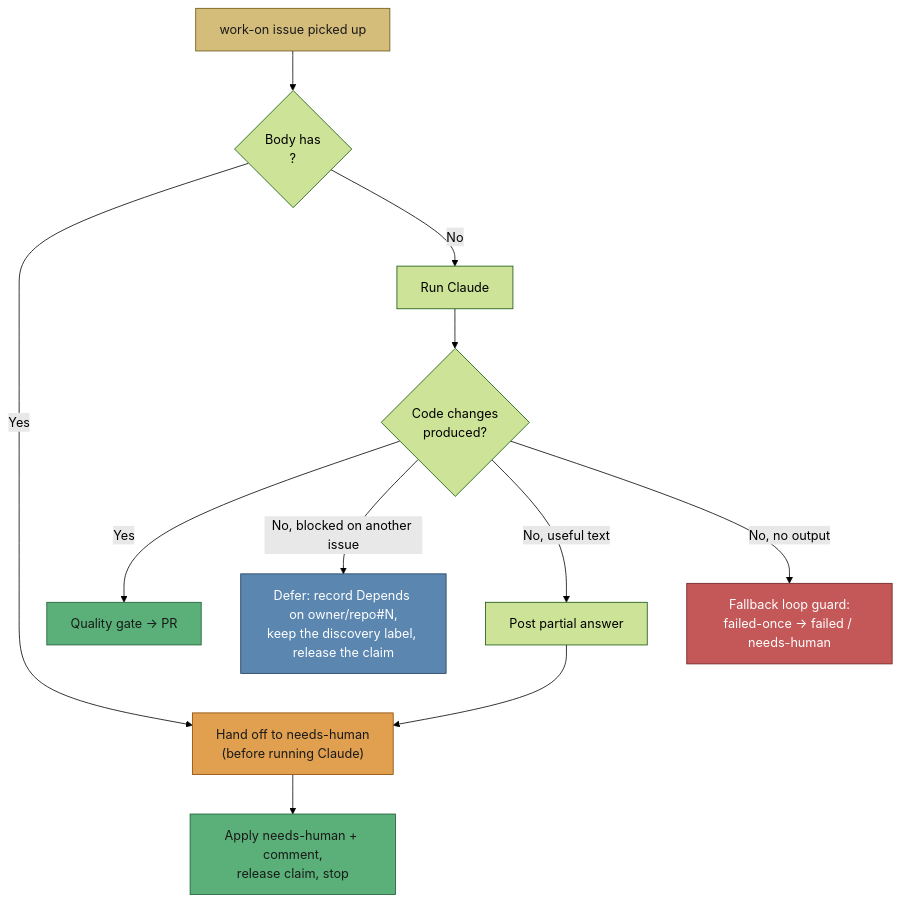
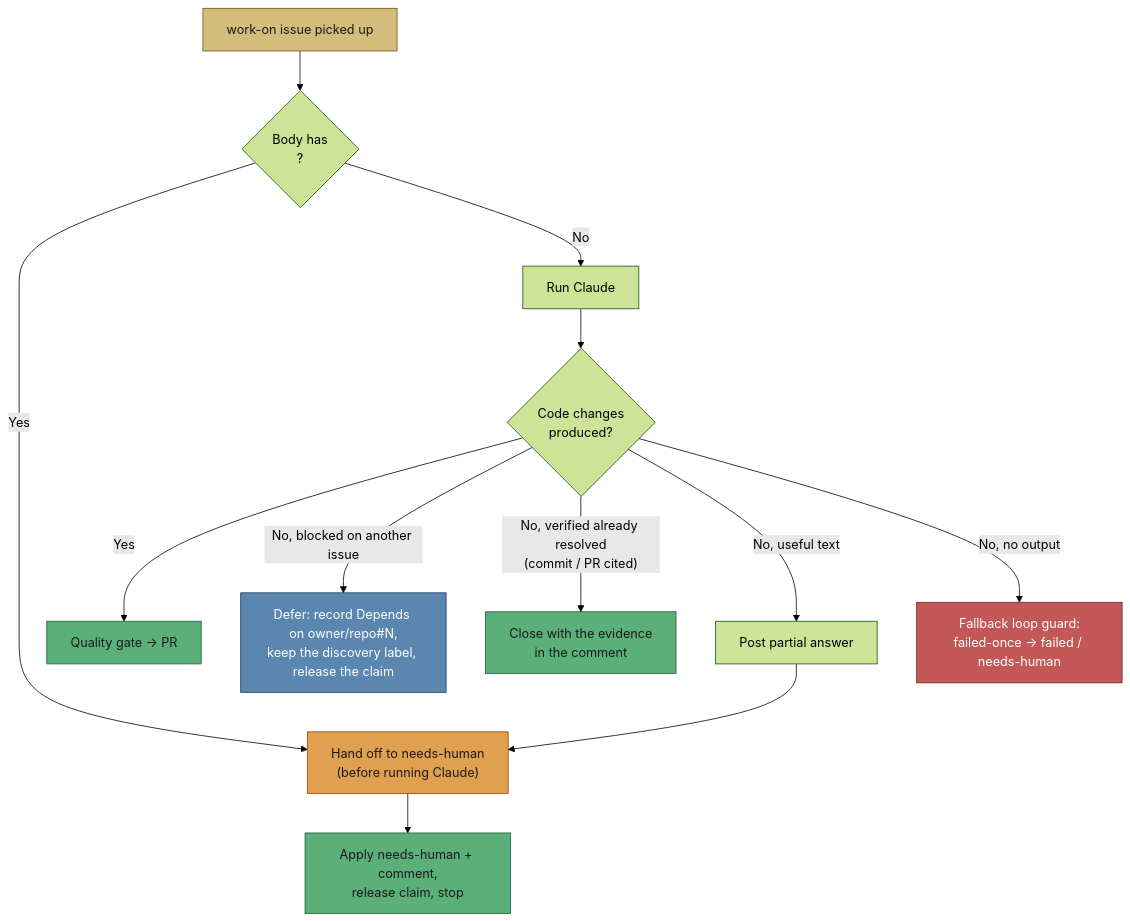
Before and after one commit to stSoftwareAU/VibeCoder: the ninth of 10 diagrams in docs/workflows/issue-processing.md, drawn with Mermaid (forest theme). The commit also changed other lines of this file and 8 other files, not shown here.

First line of the commit message:
Close verified already-fixed issues with a note instead of escalating (Issue #241)

````diff
--- a/docs/workflows/issue-processing.md
+++ b/docs/workflows/issue-processing.md
@@ -472,18 +843,20 @@
 ```mermaid
 flowchart TD
   Pick["work-on issue picked up"] --> Marker{"Body has<br/><!-- analysis-only --> ?"}
   Marker -->|Yes| HandOff["Hand off to needs-human<br/>(before running Claude)"]
   Marker -->|No| Run["Run Claude"]
   Run --> Changes{"Code changes<br/>produced?"}
   Changes -->|Yes| PR["Quality gate → PR"]
   Changes -->|"No, blocked on another issue"| Defer["Defer: record Depends on owner/repo#N,<br/>keep the discovery label, release the claim"]
+  Changes -->|"No, verified already resolved<br/>(commit / PR cited)"| Close["Close with the evidence<br/>in the comment"]
   Changes -->|"No, useful text"| Partial["Post partial answer"] --> HandOff
   Changes -->|"No, no output"| Guard["Fallback loop guard:<br/>failed-once → failed / needs-human"]
   HandOff --> Stop["Apply needs-human + comment,<br/>release claim, stop"]
   style Pick fill:#d4bc7a,stroke:#6b5510,color:#1a1a1a
   style HandOff fill:#e0a050,stroke:#8b4500,color:#1a1a1a
   style Stop fill:#5ab078,stroke:#1d5a35,color:#1a1a1a
   style PR fill:#5ab078,stroke:#1d5a35,color:#1a1a1a
   style Guard fill:#c45858,stroke:#6b2020,color:#fff
   style Defer fill:#5a86b0,stroke:#1d3a5a,color:#fff
+  style Close fill:#5ab078,stroke:#1d5a35,color:#1a1a1a
 ```
````
